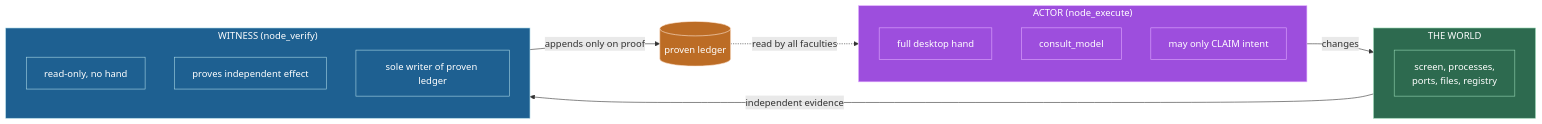
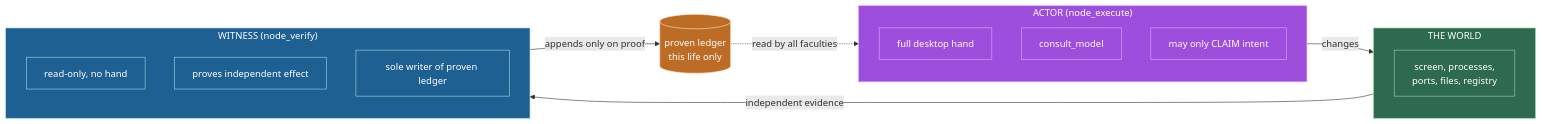
Before and after one commit to wgabrys88/endgame-ai: the fourth of 11 diagrams in README.md, drawn with Mermaid. The commit also changed other lines of this file and 3 other files, not shown here.

````diff
--- a/README.md
+++ b/README.md
@@ -411,32 +476,32 @@
 ```mermaid
 flowchart LR
     subgraph ACTOR["ACTOR (node_execute)"]
         A1["full desktop hand"]
         A2["consult_model"]
         A3["may only CLAIM intent"]
     end
 
     subgraph WORLD["THE WORLD"]
         W1["screen, processes,<br/>ports, files, registry"]
     end
 
     subgraph WITNESS["WITNESS (node_verify)"]
         B1["read-only, no hand"]
         B2["proves independent effect"]
         B3["sole writer of proven ledger"]
     end
 
     ACTOR -- "changes" --> WORLD
     WORLD -- "independent evidence" --> WITNESS
-    WITNESS -- "appends only on proof" --> LEDGER[("proven ledger")]
+    WITNESS -- "appends only on proof" --> LEDGER[("proven ledger<br/>this life only")]
     LEDGER -. "read by all faculties" .-> ACTOR
 
     classDef actor fill:#9d4edd,stroke:#e0aaff,color:#ffffff;
     classDef witness fill:#1e6091,stroke:#a9d6e5,color:#ffffff;
     classDef world fill:#2d6a4f,stroke:#95d5b2,color:#ffffff;
     classDef store fill:#bc6c25,stroke:#ffe8d6,color:#ffffff;
     class ACTOR,A1,A2,A3 actor;
     class WITNESS,B1,B2,B3 witness;
     class WORLD,W1 world;
     class LEDGER store;
 ```
````
